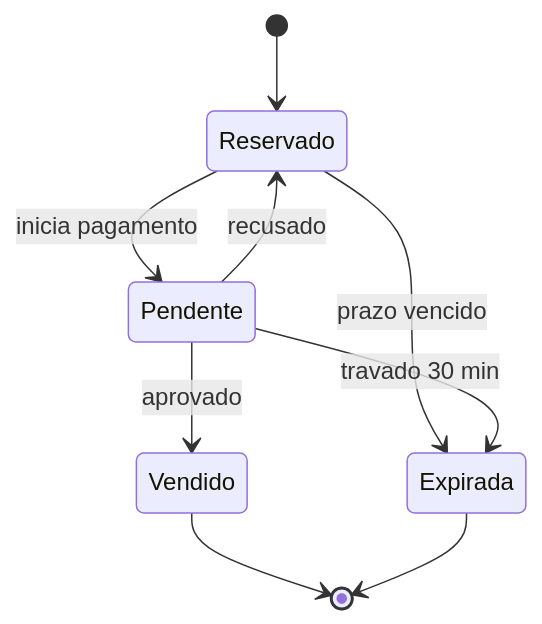
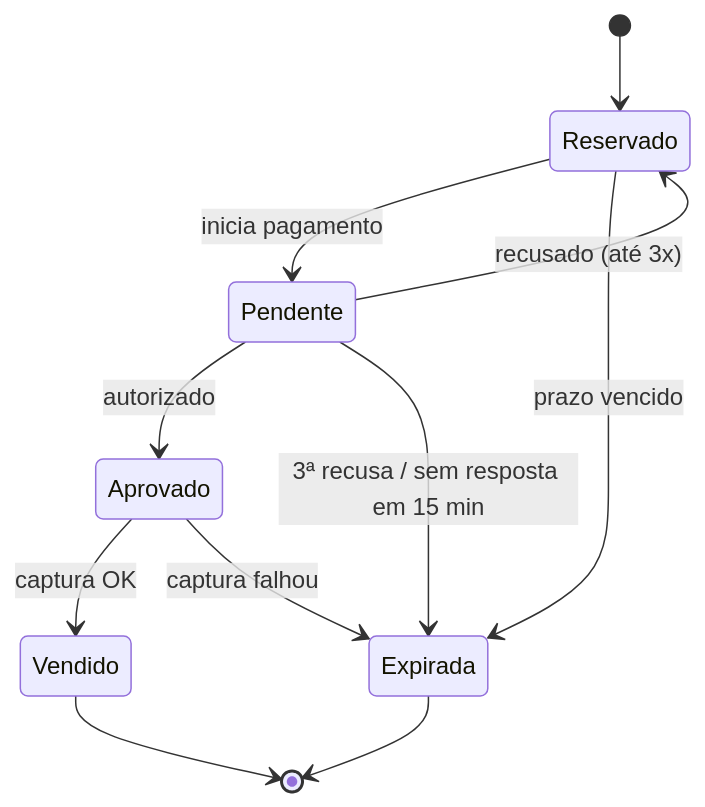
One commit to viniciusnau/rock-in-rio-ticketing-architecture changed the second of 3 diagrams in README.md. Above: the diagram before and after it, drawn with Mermaid. The commit also changed other lines of this file, not shown here.

Commit message:
Add per-CPF limit, capture state and failure recovery to architecture

````diff
--- a/README.md
+++ b/README.md
@@ -91,11 +95,13 @@
 ```mermaid
 stateDiagram-v2
     [*] --> Reservado
     Reservado --> Pendente: inicia pagamento
-    Pendente --> Vendido: aprovado
-    Pendente --> Reservado: recusado
+    Pendente --> Aprovado: autorizado
+    Aprovado --> Vendido: captura OK
+    Pendente --> Reservado: recusado (até 3x)
     Reservado --> Expirada: prazo vencido
-    Pendente --> Expirada: travado 30 min
+    Pendente --> Expirada: 3ª recusa / sem resposta em 15 min
+    Aprovado --> Expirada: captura falhou
     Vendido --> [*]
     Expirada --> [*]
 ```
````
